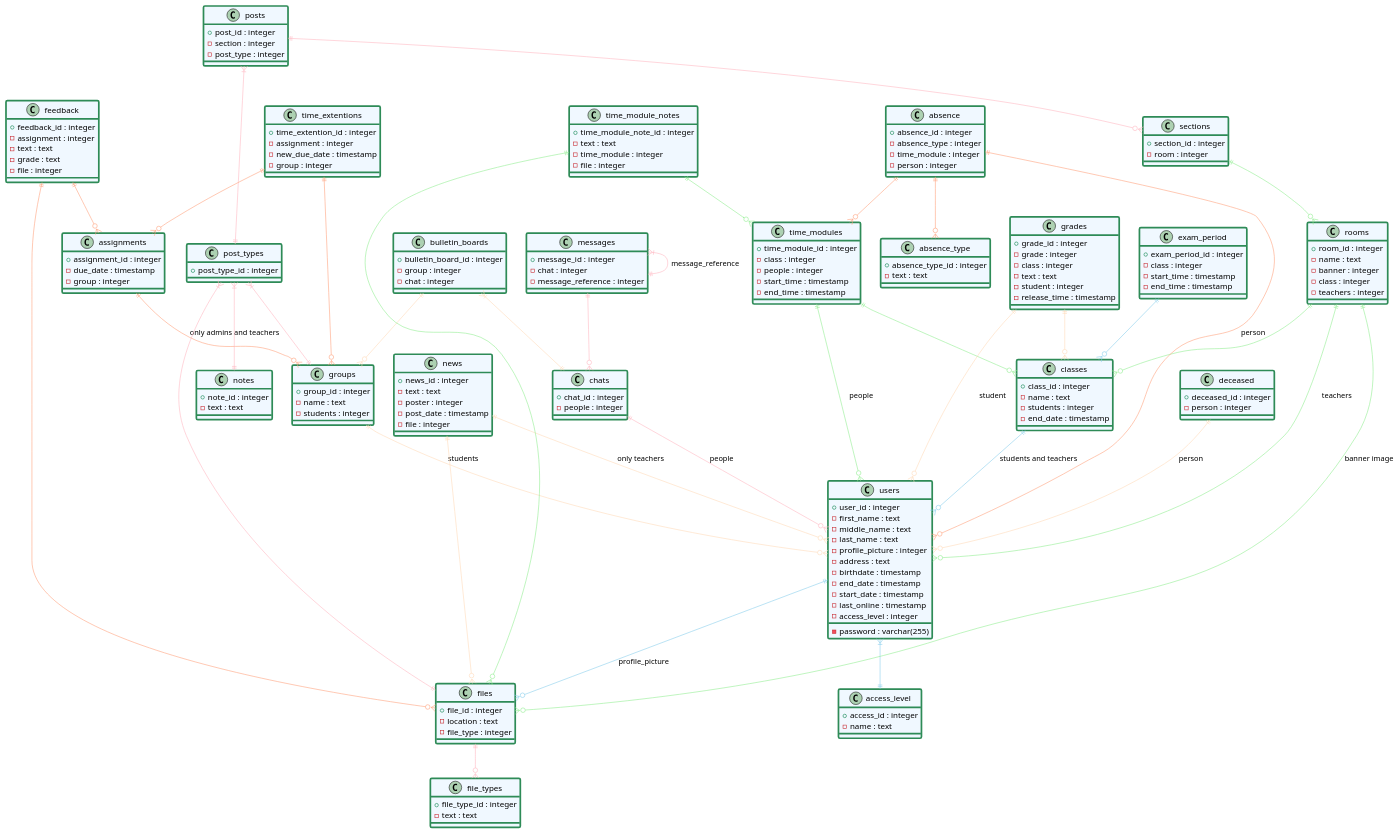
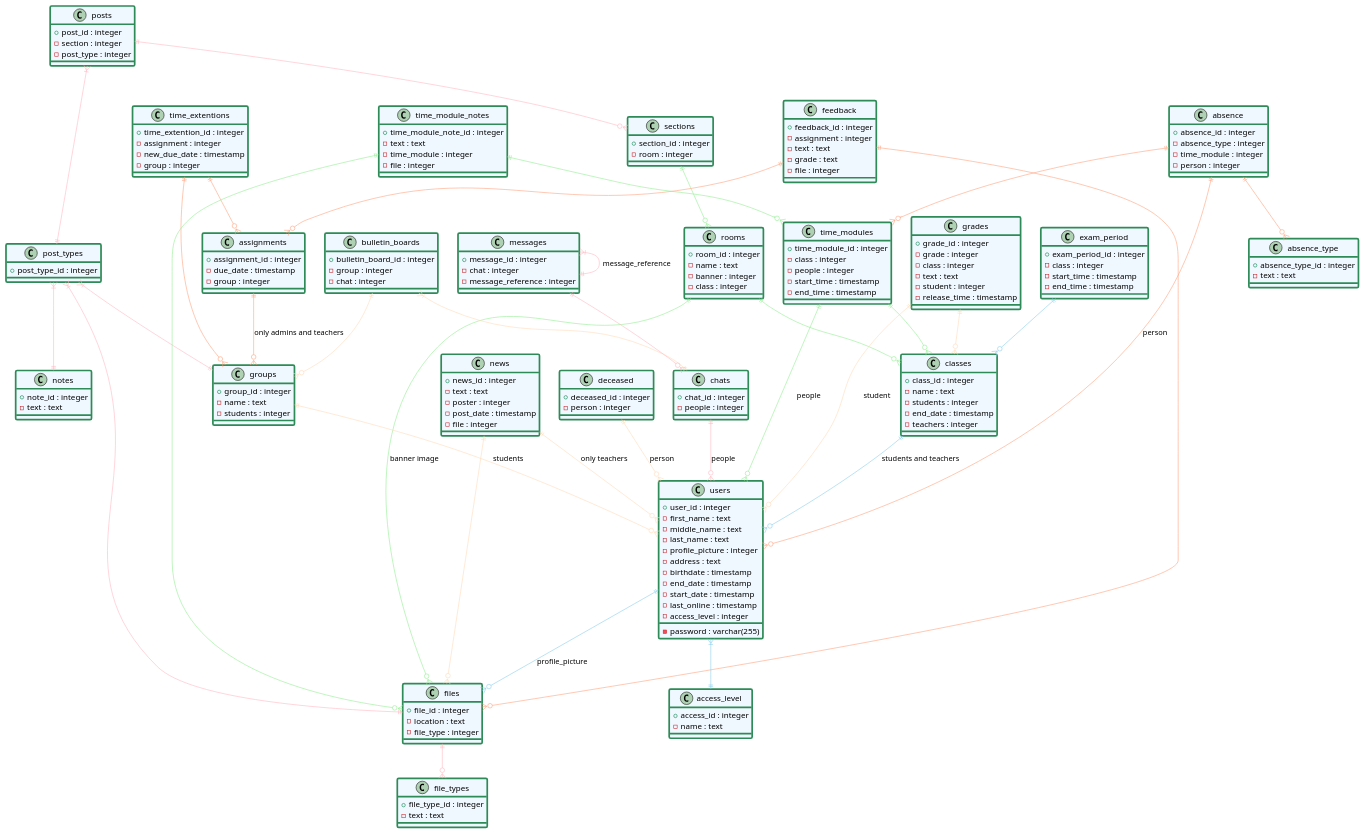
One commit to ViliusIvanovas/DDU-LMS-Project changed the diagram in Docs/database.puml. Above: the diagram before and after it, drawn with PlantUML. The commit also changed 11 other files, not shown here.

```diff
--- a/Docs/database.puml
+++ b/Docs/database.puml
@@ -27,6 +27,7 @@
     - name : text
     - students : integer
     - end_date : timestamp
+    - teachers : integer
 }
 
 class access_level {
@@ -39,7 +40,6 @@
     - name : text
     - banner : integer
     - class : integer
-    - teachers : integer
 }
 
 class sections {
@@ -178,7 +178,6 @@
 classes ||--o{ users #87CEEB : students and teachers
 rooms ||--o{ files #90EE90 : banner image
 rooms ||--o{ classes #90EE90
-rooms ||--o{ users #90EE90 : teachers
 sections ||--o{ rooms #90EE90
 posts ||--o{ sections #FFB6C1
 posts }|--|| post_types #FFB6C1
```
